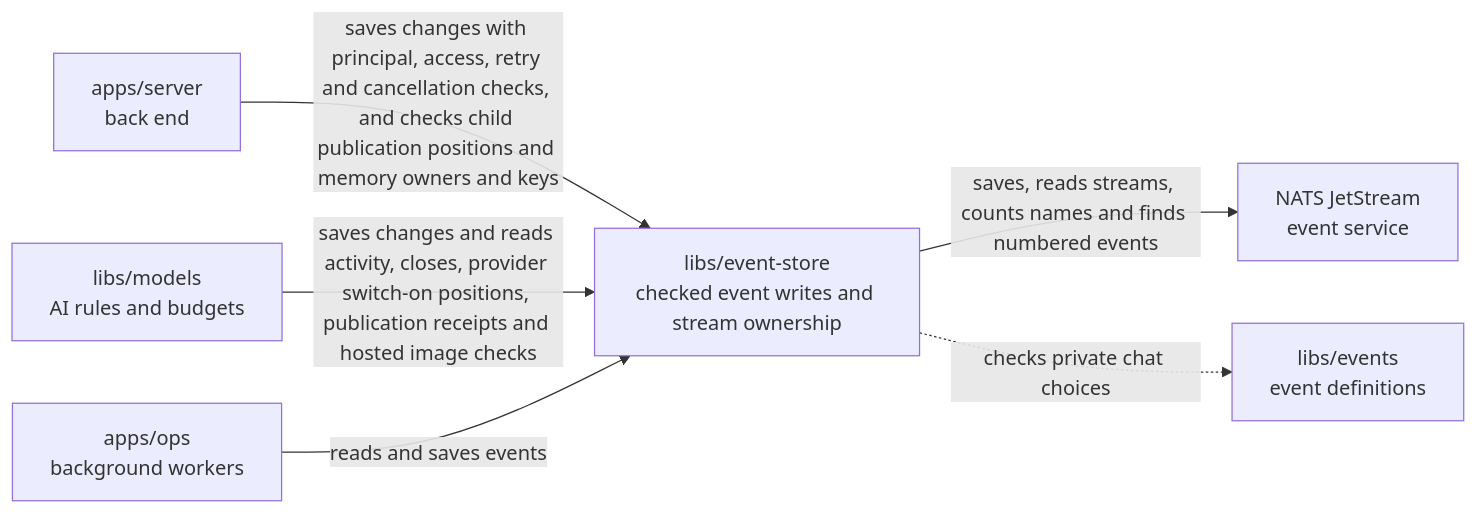
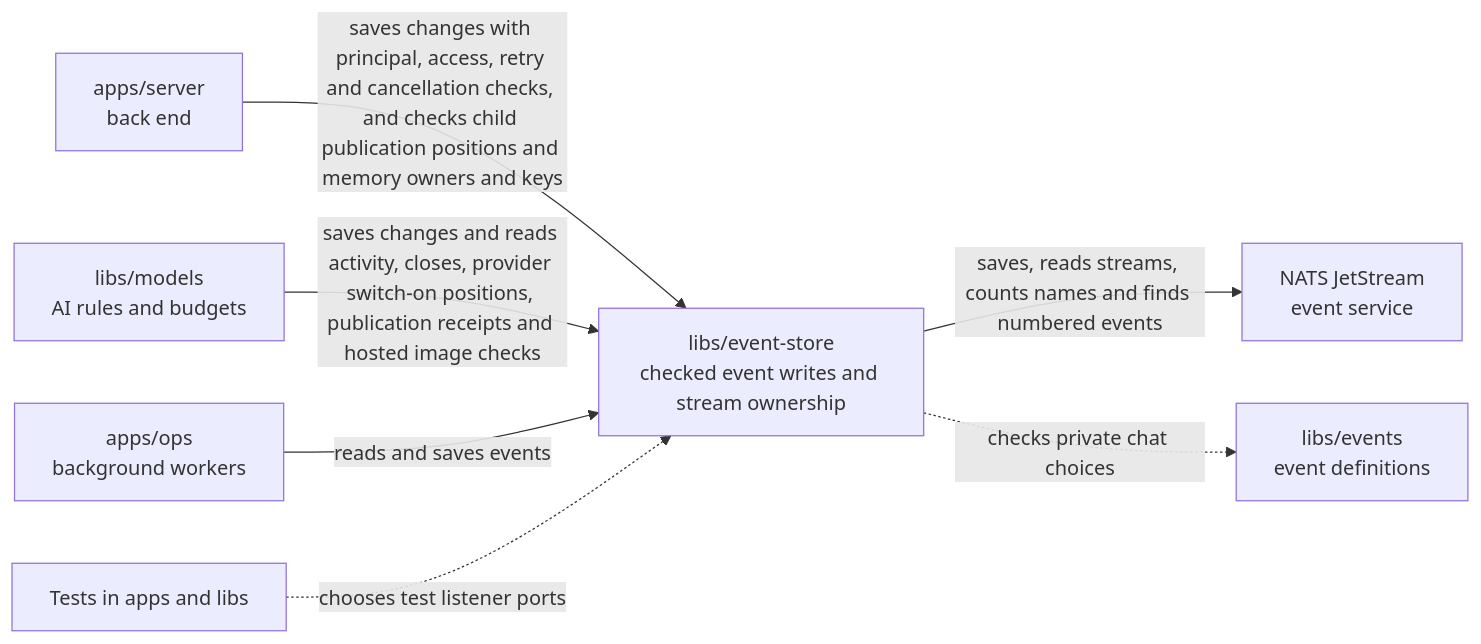
Before and after one commit to elewa-git/opencrane-new: the diagram in libs/event-store/README.md, drawn with Mermaid. The commit also changed other lines of this file and 21 other files, not shown here.

Commit message:
🔧 Keep test ports separate and count the measured reservation

````diff
--- a/libs/event-store/README.md
+++ b/libs/event-store/README.md
@@ -22,8 +22,9 @@
 ```mermaid
 flowchart LR
   server["apps/server<br/>back end"] -->|saves changes with principal, access, retry and cancellation checks, and checks child publication positions and memory owners and keys| store["libs/event-store<br/>checked event writes and stream ownership"]
   models["libs/models<br/>AI rules and budgets"] -->|saves changes and reads activity, closes, provider switch-on positions, publication receipts and hosted image checks| store
   ops["apps/ops<br/>background workers"] -->|reads and saves events| store
   store -->|saves, reads streams, counts names and finds numbered events| nats["NATS JetStream<br/>event service"]
+  tests["Tests in apps and libs"] -.->|chooses test listener ports| store
   store -.->|checks private chat choices| events["libs/events<br/>event definitions"]
 ```
````
